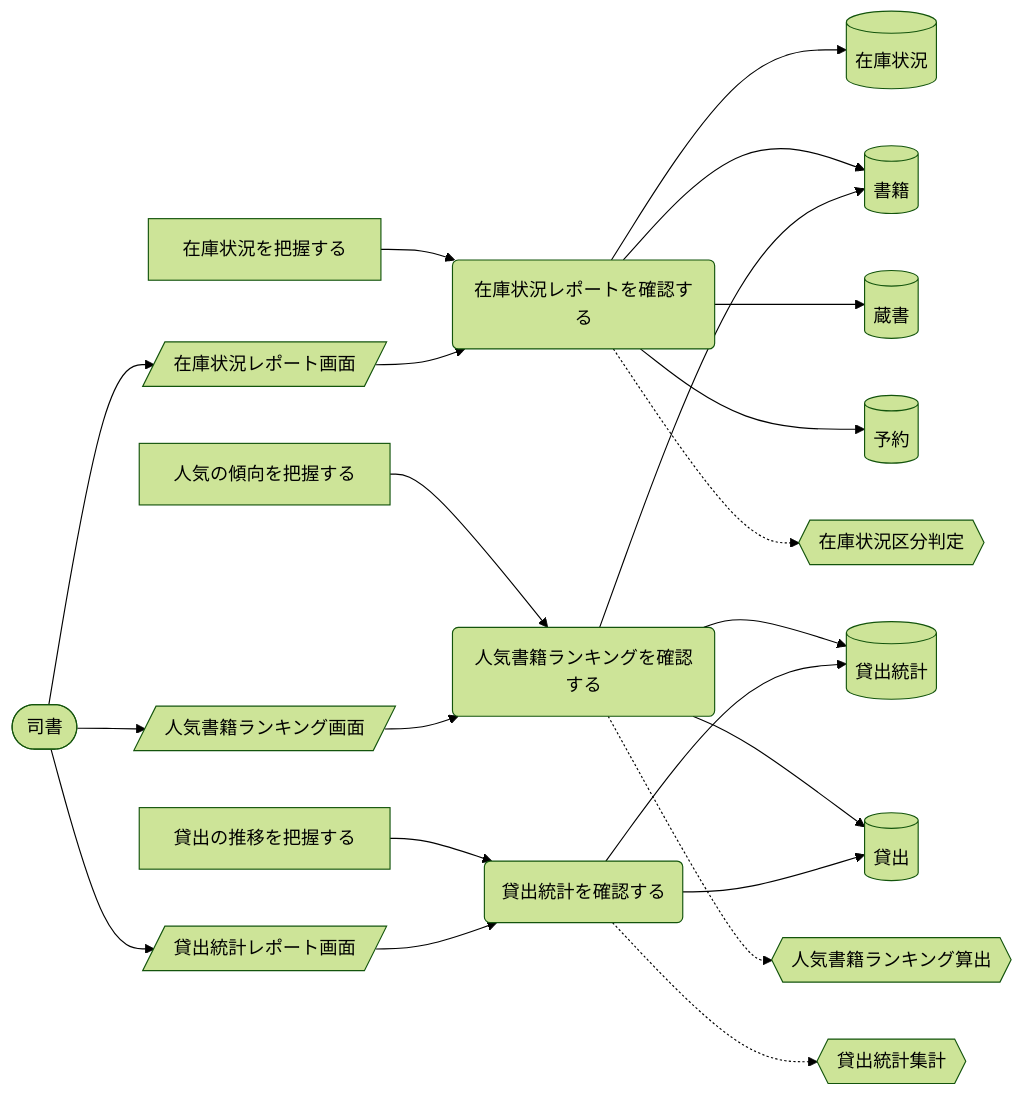
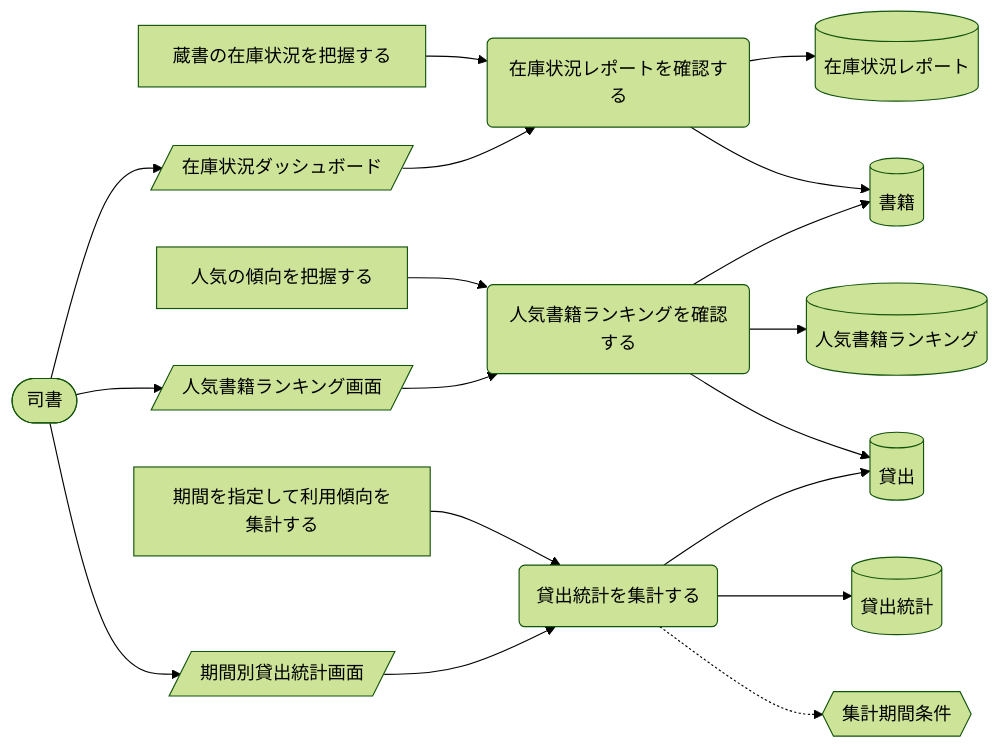
Before and after one commit to suwa-sh/suwa-sh-claude-plugins: the ninth of 9 diagrams in samples/distillery2/library-loan/docs/requirements/rdra/views/04_UC複合図.md, drawn with Mermaid (forest theme). The commit also changed other lines of this file and 249 other files, not shown here.

````diff
--- a/samples/distillery2/library-loan/docs/requirements/rdra/views/04_UC複合図.md
+++ b/samples/distillery2/library-loan/docs/requirements/rdra/views/04_UC複合図.md
@@ -415,43 +395,36 @@
 ```mermaid
 graph LR
   UC1("在庫状況レポートを確認する")
-  AT1["在庫状況を把握する"]
-  IF1[("在庫状況")]
+  AT1["蔵書の在庫状況を把握する"]
+  IF1[("在庫状況レポート")]
   IF2[("書籍")]
-  IF3[("蔵書")]
-  IF4[("予約")]
-  CD1{{"在庫状況区分判定"}}
-  SC1[/"在庫状況レポート画面"/]
+  SC1[/"在庫状況ダッシュボード"/]
   AC1(["司書"])
   UC2("人気書籍ランキングを確認する")
   AT2["人気の傾向を把握する"]
+  IF3[("人気書籍ランキング")]
+  IF4[("貸出")]
+  SC2[/"人気書籍ランキング画面"/]
+  UC3("貸出統計を集計する")
+  AT3["期間を指定して利用傾向を集計する"]
   IF5[("貸出統計")]
-  IF6[("貸出")]
-  CD2{{"人気書籍ランキング算出"}}
-  SC2[/"人気書籍ランキング画面"/]
-  UC3("貸出統計を確認する")
-  AT3["貸出の推移を把握する"]
-  CD3{{"貸出統計集計"}}
-  SC3[/"貸出統計レポート画面"/]
+  CD1{{"集計期間条件"}}
+  SC3[/"期間別貸出統計画面"/]
   AT1 --> UC1
   UC1 --> IF1
   UC1 --> IF2
-  UC1 --> IF3
-  UC1 --> IF4
-  UC1 -.-> CD1
   AC1 --> SC1
   SC1 --> UC1
   AT2 --> UC2
-  UC2 --> IF5
-  UC2 --> IF6
+  UC2 --> IF3
   UC2 --> IF2
-  UC2 -.-> CD2
+  UC2 --> IF4
   AC1 --> SC2
   SC2 --> UC2
   AT3 --> UC3
   UC3 --> IF5
-  UC3 --> IF6
-  UC3 -.-> CD3
+  UC3 --> IF4
+  UC3 -.-> CD1
   AC1 --> SC3
   SC3 --> UC3
 ```
````
